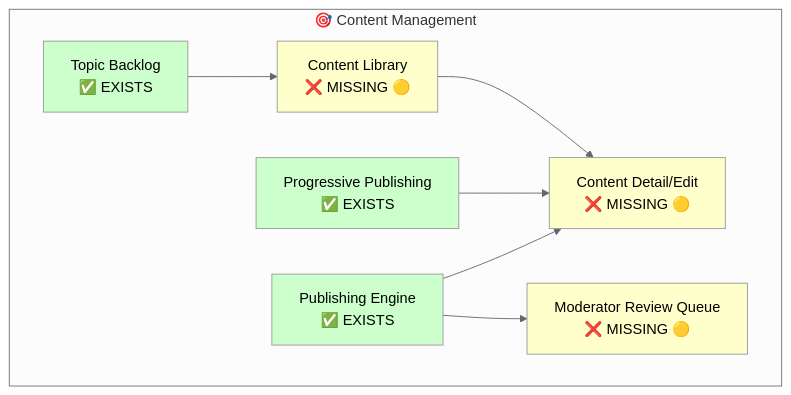
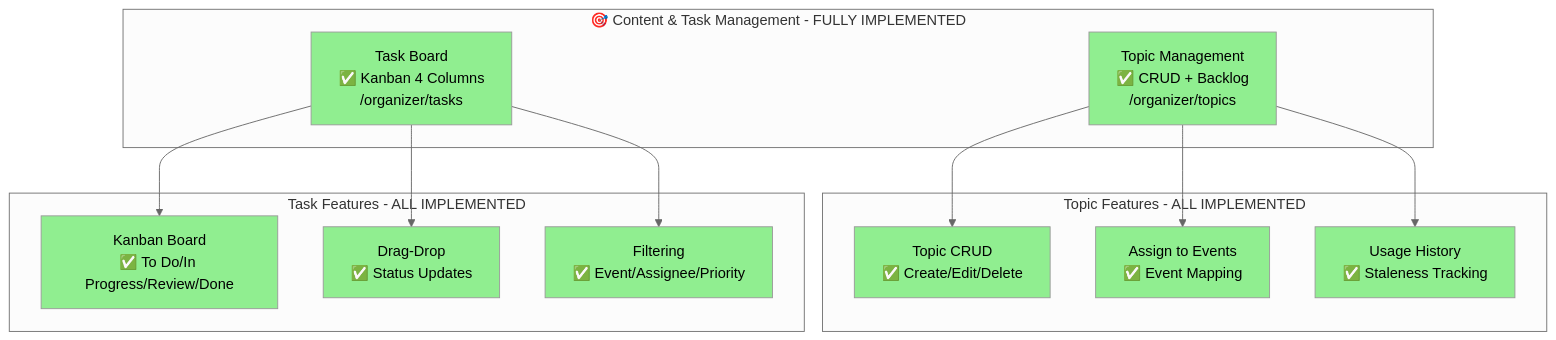
Before and after one commit to nissimbuchs/BATbern2: the seventh of 28 diagrams in docs/wireframes/sitemap-mermaid.md, drawn with Mermaid (neutral theme). The commit also changed other lines of this file and 1008 other files, not shown here.

````diff
--- a/docs/wireframes/sitemap-mermaid.md
+++ b/docs/wireframes/sitemap-mermaid.md
@@ -184,24 +217,35 @@
 ```mermaid
 graph TB
-    subgraph "🎯 Content Management"
-        TopicBacklog[Topic Backlog<br/>✅ EXISTS]
-        Publishing[Publishing Engine<br/>✅ EXISTS]
-        Progressive[Progressive Publishing<br/>✅ EXISTS]
-        ContentLib[Content Library<br/>❌ MISSING 🟡]
-        ContentDetail[Content Detail/Edit<br/>❌ MISSING 🟡]
-        ModQueue[Moderator Review Queue<br/>❌ MISSING 🟡]
+    subgraph "🎯 Content & Task Management - FULLY IMPLEMENTED"
+        Topics[Topic Management<br/>✅ CRUD + Backlog<br/>/organizer/topics]
+        Tasks[Task Board<br/>✅ Kanban 4 Columns<br/>/organizer/tasks]
     end
 
-    TopicBacklog --> ContentLib
-    Publishing --> ContentDetail
-    Progressive --> ContentDetail
-    ContentLib --> ContentDetail
-    Publishing --> ModQueue
+    subgraph "Topic Features - ALL IMPLEMENTED"
+        TopicCRUD[Topic CRUD<br/>✅ Create/Edit/Delete]
+        TopicAssign[Assign to Events<br/>✅ Event Mapping]
+        TopicHistory[Usage History<br/>✅ Staleness Tracking]
+    end
 
-    style TopicBacklog fill:#ccffcc
-    style Publishing fill:#ccffcc
-    style Progressive fill:#ccffcc
-    style ContentLib fill:#ffffcc
-    style ContentDetail fill:#ffffcc
-    style ModQueue fill:#ffffcc
+    subgraph "Task Features - ALL IMPLEMENTED"
+        TaskBoard[Kanban Board<br/>✅ To Do/In Progress/Review/Done]
+        TaskDrag[Drag-Drop<br/>✅ Status Updates]
+        TaskFilter[Filtering<br/>✅ Event/Assignee/Priority]
+    end
+
+    Topics --> TopicCRUD
+    Topics --> TopicAssign
+    Topics --> TopicHistory
+    Tasks --> TaskBoard
+    Tasks --> TaskDrag
+    Tasks --> TaskFilter
+
+    style Topics fill:#90EE90
+    style Tasks fill:#90EE90
+    style TopicCRUD fill:#90EE90
+    style TopicAssign fill:#90EE90
+    style TopicHistory fill:#90EE90
+    style TaskBoard fill:#90EE90
+    style TaskDrag fill:#90EE90
+    style TaskFilter fill:#90EE90
 ```
````
